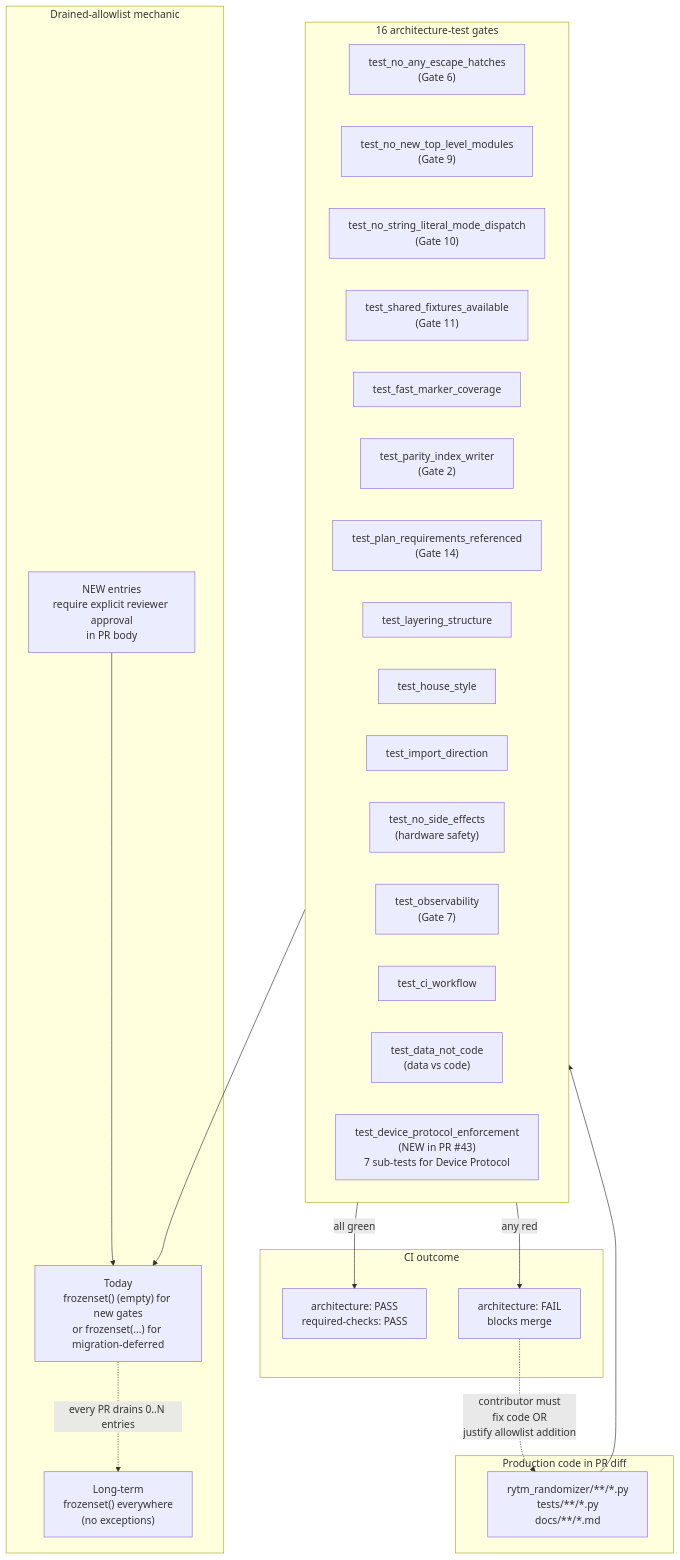
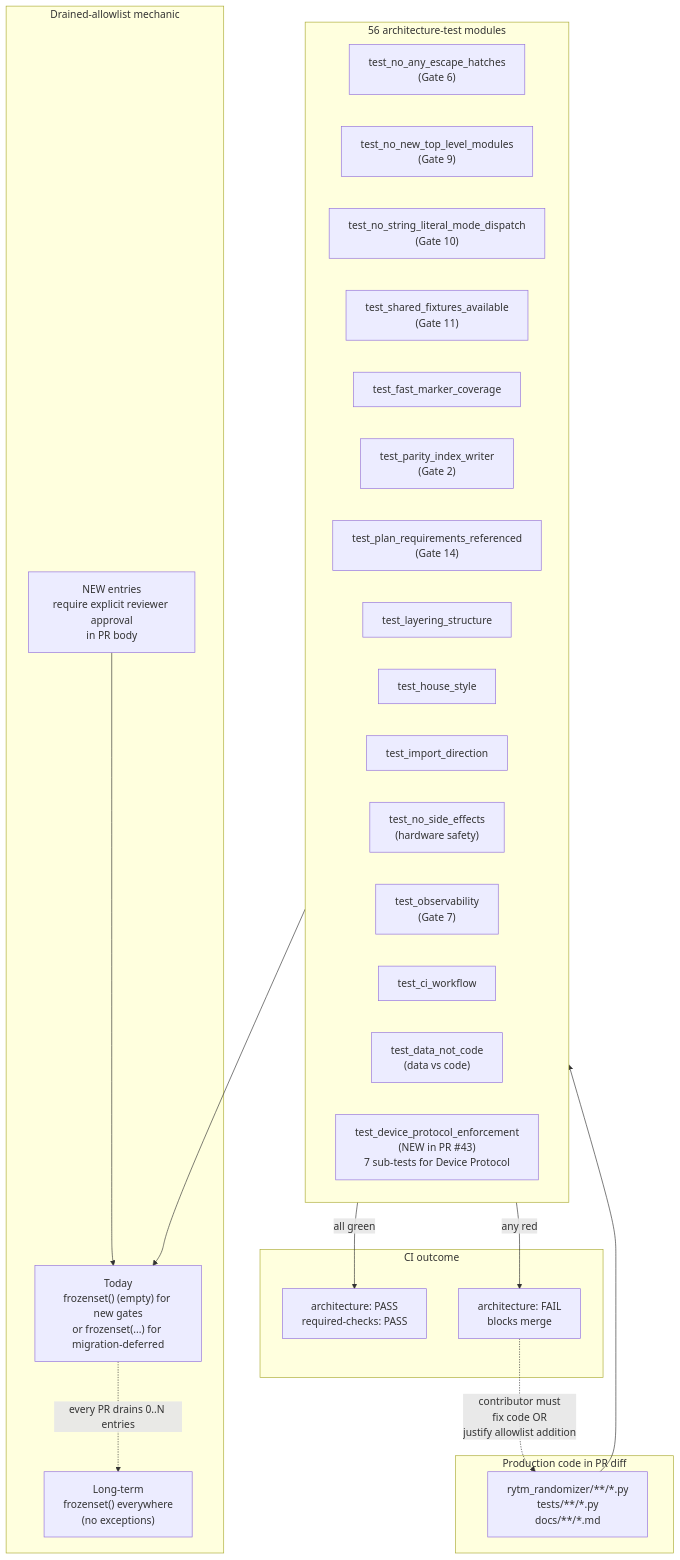
Before and after one commit to buzzijose-hub/RytmRandomizer: the tenth of 34 diagrams in docs/ARCHITECTURE_DIAGRAMS.md, drawn with Mermaid. The commit also changed other lines of this file and 157 other files, not shown here.

````diff
--- a/docs/ARCHITECTURE_DIAGRAMS.md
+++ b/docs/ARCHITECTURE_DIAGRAMS.md
@@ -762,44 +792,44 @@
 ```mermaid
 flowchart TB
     subgraph Production["Production code in PR diff"]
         SourceFiles["rytm_randomizer/**/*.py<br/>tests/**/*.py<br/>docs/**/*.md"]
     end
 
-    subgraph Gates["16 architecture-test gates"]
+    subgraph Gates["56 architecture-test modules"]
         Gate1["test_no_any_escape_hatches<br/>(Gate 6)"]
         Gate2["test_no_new_top_level_modules<br/>(Gate 9)"]
         Gate3["test_no_string_literal_mode_dispatch<br/>(Gate 10)"]
         Gate4["test_shared_fixtures_available<br/>(Gate 11)"]
         Gate5["test_fast_marker_coverage"]
         Gate6["test_parity_index_writer<br/>(Gate 2)"]
         Gate7["test_plan_requirements_referenced<br/>(Gate 14)"]
         Gate8["test_layering_structure"]
         Gate9["test_house_style"]
         Gate10["test_import_direction"]
         Gate11["test_no_side_effects<br/>(hardware safety)"]
         Gate12["test_observability<br/>(Gate 7)"]
         Gate13["test_ci_workflow"]
         Gate14["test_data_not_code<br/>(data vs code)"]
         Gate15["test_device_protocol_enforcement<br/>(NEW in PR #43)<br/>7 sub-tests for Device Protocol"]
     end
 
     subgraph Allowlists["Drained-allowlist mechanic"]
         AL_today["Today<br/>frozenset() (empty) for new gates<br/>or frozenset(...) for migration-deferred"]
         AL_future["Long-term<br/>frozenset() everywhere<br/>(no exceptions)"]
         AL_new["NEW entries<br/>require explicit reviewer approval<br/>in PR body"]
     end
 
     subgraph Outcome["CI outcome"]
         Pass["architecture: PASS<br/>required-checks: PASS"]
         Fail["architecture: FAIL<br/>blocks merge"]
     end
 
     SourceFiles --> Gates
     Gates --> AL_today
     AL_today -.->|"every PR drains 0..N entries"| AL_future
     AL_new --> AL_today
 
     Gates -->|"all green"| Pass
     Gates -->|"any red"| Fail
     Fail -.->|"contributor must<br/>fix code OR<br/>justify allowlist addition"| SourceFiles
 ```
````
